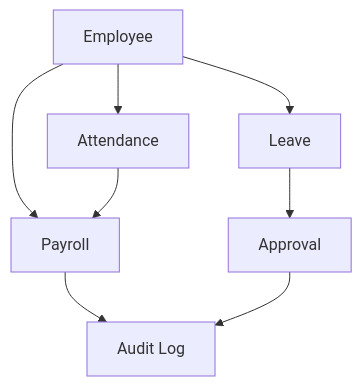
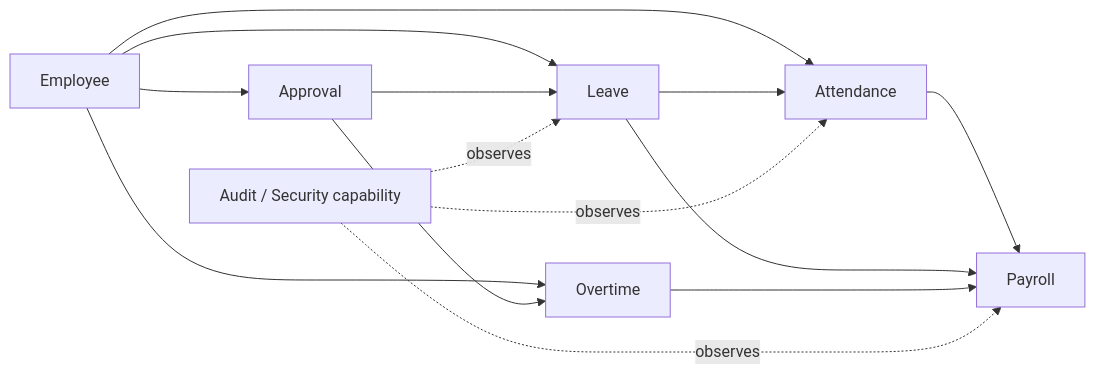
The diagram in docs/01-architecture/bounded-contexts.md (369sup/worksync-hr), drawn with Mermaid before and after one commit. The commit also changed other lines of this file and 36 other files, not shown here.

````diff
--- a/docs/01-architecture/bounded-contexts.md
+++ b/docs/01-architecture/bounded-contexts.md
@@ -7,10 +7,16 @@
 ```mermaid
-graph TD
-  EMP[Employee] --> ATT[Attendance]
-  EMP --> LEA[Leave]
-  EMP --> PAY[Payroll]
-  LEA --> APR[Approval]
-  ATT --> PAY
-  PAY --> AUD[Audit Log]
-  APR --> AUD
+flowchart LR
+  EMP[Employee] --> LEAVE[Leave]
+  EMP --> ATT[Attendance]
+  EMP --> OT[Overtime]
+  EMP --> APPROVAL[Approval]
+  APPROVAL --> LEAVE
+  APPROVAL --> OT
+  LEAVE --> ATT
+  ATT --> PAY[Payroll]
+  LEAVE --> PAY
+  OT --> PAY
+  AUDIT[Audit / Security capability] -. observes .-> LEAVE
+  AUDIT -. observes .-> ATT
+  AUDIT -. observes .-> PAY
 ```
````
